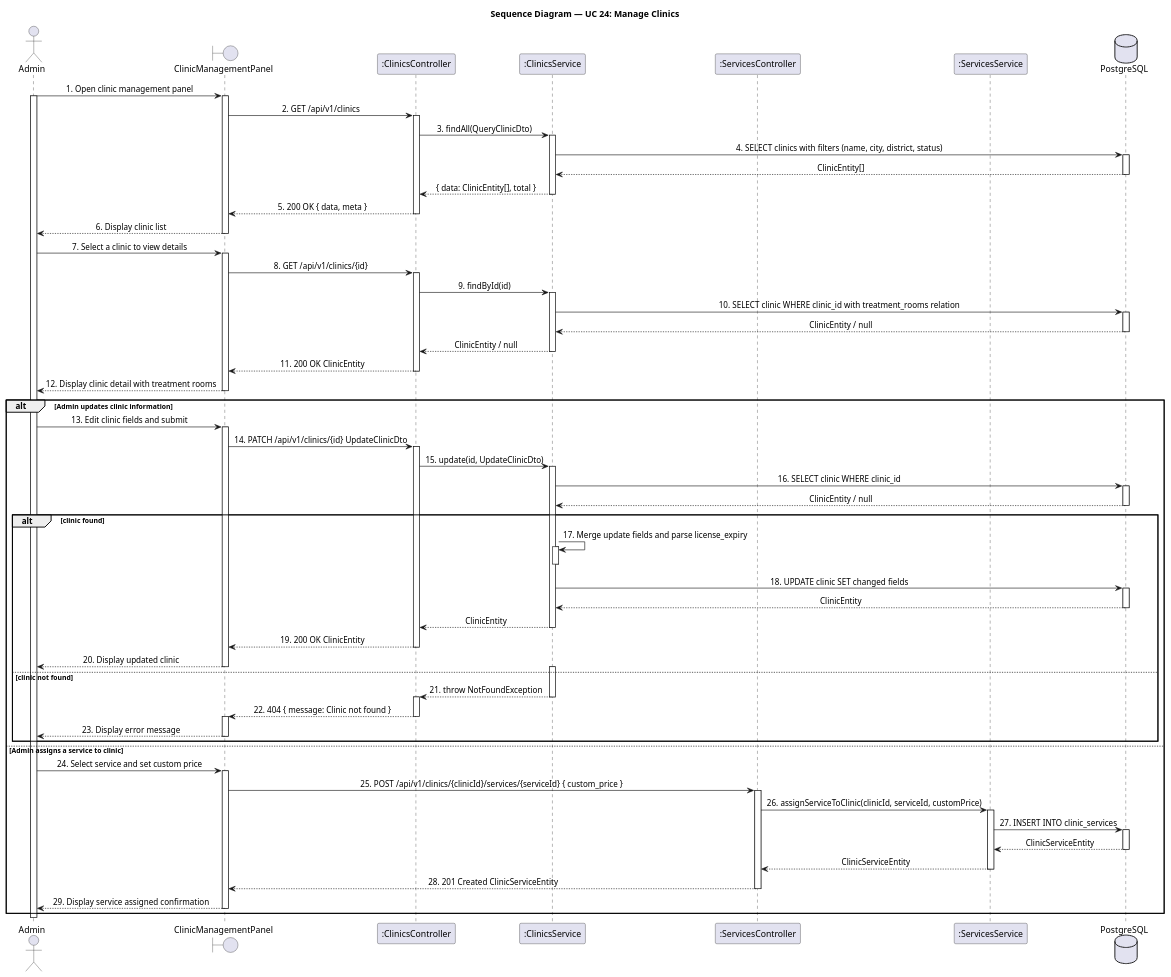
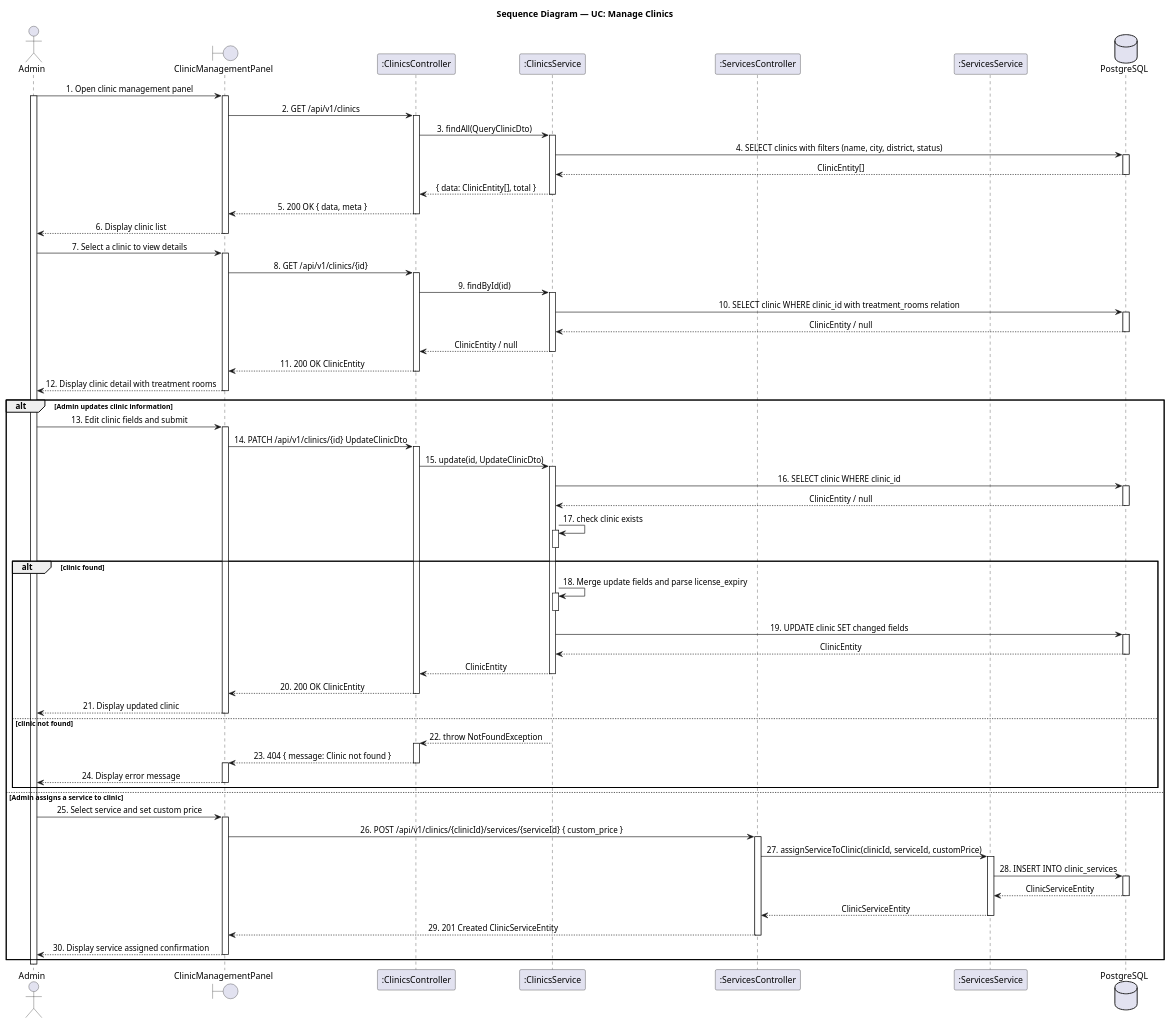
The diagram in docs/sequence-diagram/UC24_ManageClinics.puml (LTPPPP/Smart-Medical-Intelligent-Ledger-for-E-health-S.M.I.L.E-), drawn with PlantUML before and after one commit. The commit also changed 19 other files, not shown here.

```diff
--- a/docs/sequence-diagram/UC24_ManageClinics.puml
+++ b/docs/sequence-diagram/UC24_ManageClinics.puml
@@ -1,135 +1,135 @@
 @startuml SequenceDiagram
 skinparam shadowing false
 skinparam sequenceMessageAlign center
 
-title Sequence Diagram — UC 24: Manage Clinics
+title Sequence Diagram — UC: Manage Clinics
 
 actor "Admin" as user
 boundary "ClinicManagementPanel" as form
 participant ":ClinicsController" as clinicCtrl
 participant ":ClinicsService" as clinicSvc
 participant ":ServicesController" as svcCtrl
 participant ":ServicesService" as svcSvc
 database "PostgreSQL" as db
 
 user -> form : 1. Open clinic management panel
 activate user
 activate form
 
 form -> clinicCtrl : 2. GET /api/v1/clinics
 activate clinicCtrl
 
 clinicCtrl -> clinicSvc : 3. findAll(QueryClinicDto)
 activate clinicSvc
 
 clinicSvc -> db : 4. SELECT clinics with filters (name, city, district, status)
 activate db
 db --> clinicSvc : ClinicEntity[]
 deactivate db
 
 clinicSvc --> clinicCtrl : { data: ClinicEntity[], total }
 deactivate clinicSvc
 
 clinicCtrl --> form : 5. 200 OK { data, meta }
 deactivate clinicCtrl
 
 form --> user : 6. Display clinic list
 deactivate form
 
 user -> form : 7. Select a clinic to view details
 activate form
 
 form -> clinicCtrl : 8. GET /api/v1/clinics/{id}
 activate clinicCtrl
 
 clinicCtrl -> clinicSvc : 9. findById(id)
 activate clinicSvc
 
 clinicSvc -> db : 10. SELECT clinic WHERE clinic_id with treatment_rooms relation
 activate db
 db --> clinicSvc : ClinicEntity / null
 deactivate db
 
 clinicSvc --> clinicCtrl : ClinicEntity / null
 deactivate clinicSvc
 
 clinicCtrl --> form : 11. 200 OK ClinicEntity
 deactivate clinicCtrl
 
 form --> user : 12. Display clinic detail with treatment rooms
 deactivate form
 
 alt Admin updates clinic information
   user -> form : 13. Edit clinic fields and submit
   activate form
 
   form -> clinicCtrl : 14. PATCH /api/v1/clinics/{id} UpdateClinicDto
   activate clinicCtrl
 
   clinicCtrl -> clinicSvc : 15. update(id, UpdateClinicDto)
   activate clinicSvc
 
   clinicSvc -> db : 16. SELECT clinic WHERE clinic_id
   activate db
   db --> clinicSvc : ClinicEntity / null
   deactivate db
 
+  clinicSvc -> clinicSvc : 17. check clinic exists
+  activate clinicSvc
+  deactivate clinicSvc
   alt clinic found
-    clinicSvc -> clinicSvc : 17. Merge update fields and parse license_expiry
+    clinicSvc -> clinicSvc : 18. Merge update fields and parse license_expiry
     activate clinicSvc
     deactivate clinicSvc
 
-    clinicSvc -> db : 18. UPDATE clinic SET changed fields
+    clinicSvc -> db : 19. UPDATE clinic SET changed fields
     activate db
     db --> clinicSvc : ClinicEntity
     deactivate db
 
     clinicSvc --> clinicCtrl : ClinicEntity
     deactivate clinicSvc
 
-    clinicCtrl --> form : 19. 200 OK ClinicEntity
+    clinicCtrl --> form : 20. 200 OK ClinicEntity
     deactivate clinicCtrl
 
-    form --> user : 20. Display updated clinic
+    form --> user : 21. Display updated clinic
     deactivate form
   else clinic not found
-    activate clinicSvc
-    clinicSvc --> clinicCtrl : 21. throw NotFoundException
+    clinicSvc --> clinicCtrl : 22. throw NotFoundException
     deactivate clinicSvc
-
     activate clinicCtrl
-    clinicCtrl --> form : 22. 404 { message: Clinic not found }
+    clinicCtrl --> form : 23. 404 { message: Clinic not found }
     deactivate clinicCtrl
-
     activate form
-    form --> user : 23. Display error message
+    form --> user : 24. Display error message
     deactivate form
   end
 else Admin assigns a service to clinic
-  user -> form : 24. Select service and set custom price
+  user -> form : 25. Select service and set custom price
   activate form
 
-  form -> svcCtrl : 25. POST /api/v1/clinics/{clinicId}/services/{serviceId} { custom_price }
+  form -> svcCtrl : 26. POST /api/v1/clinics/{clinicId}/services/{serviceId} { custom_price }
   activate svcCtrl
 
-  svcCtrl -> svcSvc : 26. assignServiceToClinic(clinicId, serviceId, customPrice)
+  svcCtrl -> svcSvc : 27. assignServiceToClinic(clinicId, serviceId, customPrice)
   activate svcSvc
 
-  svcSvc -> db : 27. INSERT INTO clinic_services
+  svcSvc -> db : 28. INSERT INTO clinic_services
   activate db
   db --> svcSvc : ClinicServiceEntity
   deactivate db
 
   svcSvc --> svcCtrl : ClinicServiceEntity
   deactivate svcSvc
 
-  svcCtrl --> form : 28. 201 Created ClinicServiceEntity
+  svcCtrl --> form : 29. 201 Created ClinicServiceEntity
   deactivate svcCtrl
 
-  form --> user : 29. Display service assigned confirmation
+  form --> user : 30. Display service assigned confirmation
   deactivate form
 end
 
 deactivate user
 
 @enduml
```
